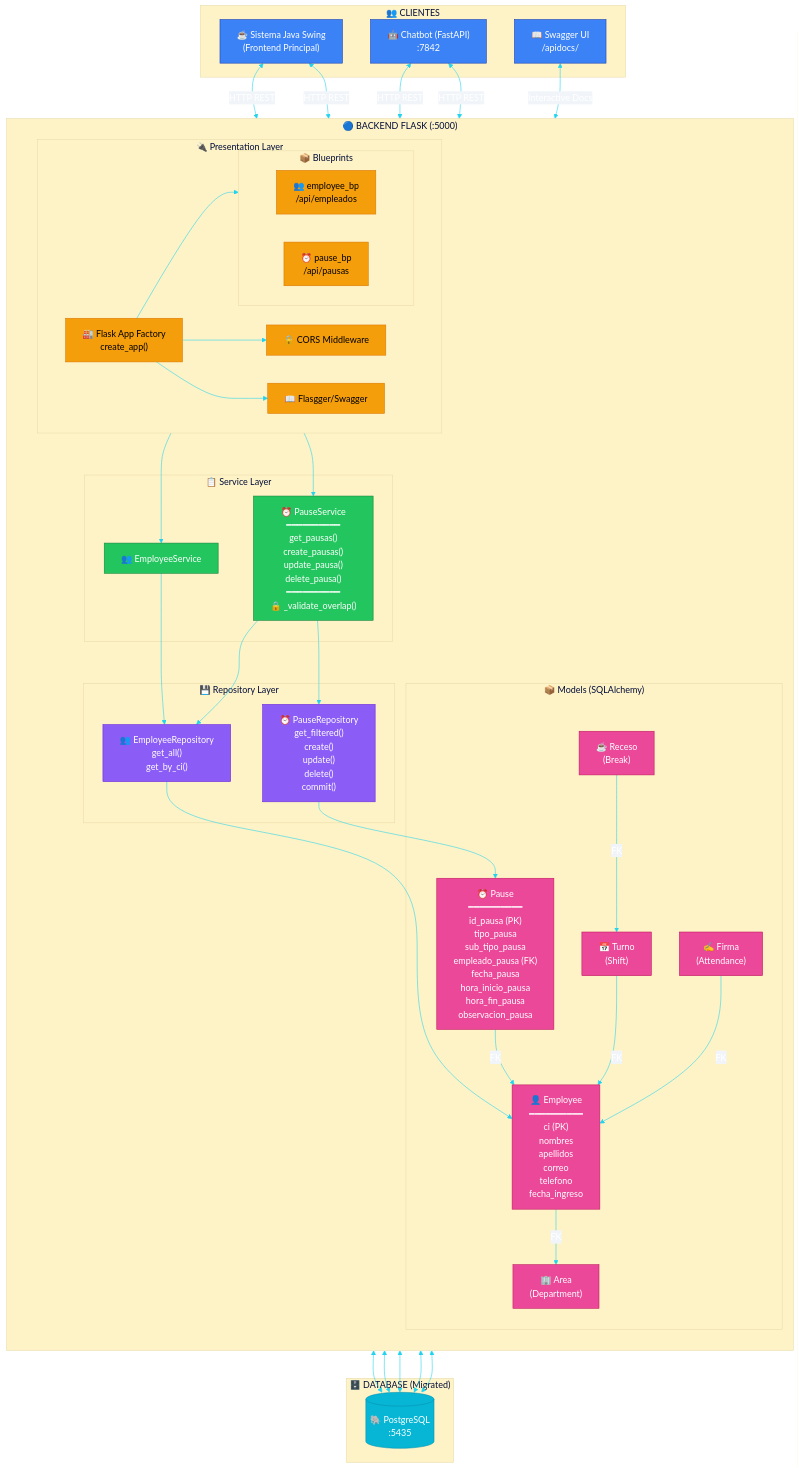
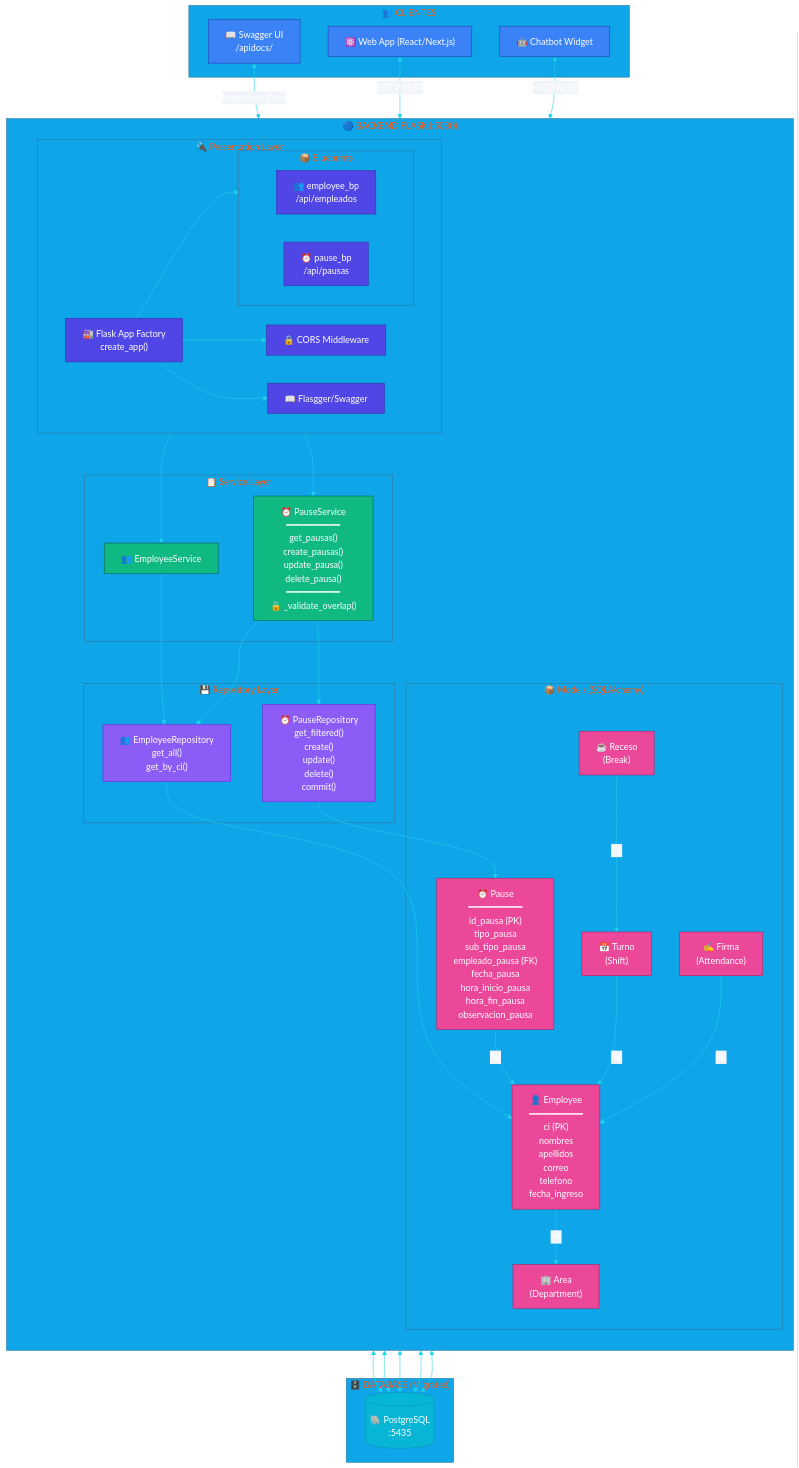
Before and after one commit to DennisonCc/ChatBot-Basadas: the fourth of 7 diagrams in docs/architecture_diagrams.md, drawn with Mermaid. The commit also changed other lines of this file and 7 other files, not shown here.

````diff
--- a/docs/architecture_diagrams.md
+++ b/docs/architecture_diagrams.md
@@ -297,10 +295,10 @@
 ```mermaid
-%%{init: {'theme': 'base', 'themeVariables': { 'primaryColor': '#0ea5e9', 'primaryTextColor': '#fff', 'primaryBorderColor': '#0369a1', 'lineColor': '#22d3ee', 'secondaryColor': '#f1f5f9', 'tertiaryColor': '#fef3c7', 'background': '#0c4a6e', 'mainBkg': '#164e63'}}}%%
+%%{init: {'theme': 'base', 'themeVariables': { 'primaryColor': '#0ea5e9', 'primaryTextColor': '#fff', 'primaryBorderColor': '#0369a1', 'lineColor': '#22d3ee', 'secondaryColor': '#f1f5f9', 'tertiaryColor': '#0ea5e9', 'background': '#0c4a6e', 'mainBkg': '#164e63'}}}%%
 
 graph TB
     subgraph CLIENTS["👥 CLIENTES"]
-        JAVA["☕ Sistema Java Swing<br/>(Frontend Principal)"]
-        CHATBOT["🤖 Chatbot (FastAPI)<br/>:7842"]
+        REACT["⚛️ Web App (React/Next.js)"]
+        CHAT_UI["🤖 Chatbot Widget"]
         SWAGGER["📖 Swagger UI<br/>/apidocs/"]
     end
 
@@ -344,10 +342,8 @@
     end
 
     %% Conexiones de clientes
-    JAVA <-->|"HTTP REST"| EMP_BP
-    JAVA <-->|"HTTP REST"| PAUSE_BP
-    CHATBOT <-->|"HTTP REST"| EMP_BP
-    CHATBOT <-->|"HTTP REST"| PAUSE_BP
+    REACT <-->|"HTTP REST"| BLUEPRINTS
+    CHAT_UI <-->|"HTTP REST"| BLUEPRINTS
     SWAGGER <-->|"Interactive Docs"| APP
 
     %% Flujo interno
@@ -377,15 +373,15 @@
     BREAK_MODEL <--> PG
     SIGN_MODEL <--> PG
 
-    %% Estilos
+    %% Estilos corregidos (Sin amarillo)
     classDef client fill:#3b82f6,stroke:#1e40af,color:#fff
-    classDef presentation fill:#f59e0b,stroke:#d97706,color:#000
-    classDef service fill:#22c55e,stroke:#15803d,color:#fff
+    classDef presentation fill:#4f46e5,stroke:#3730a3,color:#fff
+    classDef service fill:#10b981,stroke:#065f46,color:#fff
     classDef repository fill:#8b5cf6,stroke:#6d28d9,color:#fff
     classDef model fill:#ec4899,stroke:#be185d,color:#fff
     classDef database fill:#06b6d4,stroke:#0891b2,color:#fff
 
-    class JAVA,CHATBOT,SWAGGER client
+    class REACT,CHAT_UI,SWAGGER client
     class APP,CORS_MW,SWAGGER_CFG,EMP_BP,PAUSE_BP presentation
     class EMP_SVC,PAUSE_SVC service
     class EMP_REPO,PAUSE_REPO repository
````
